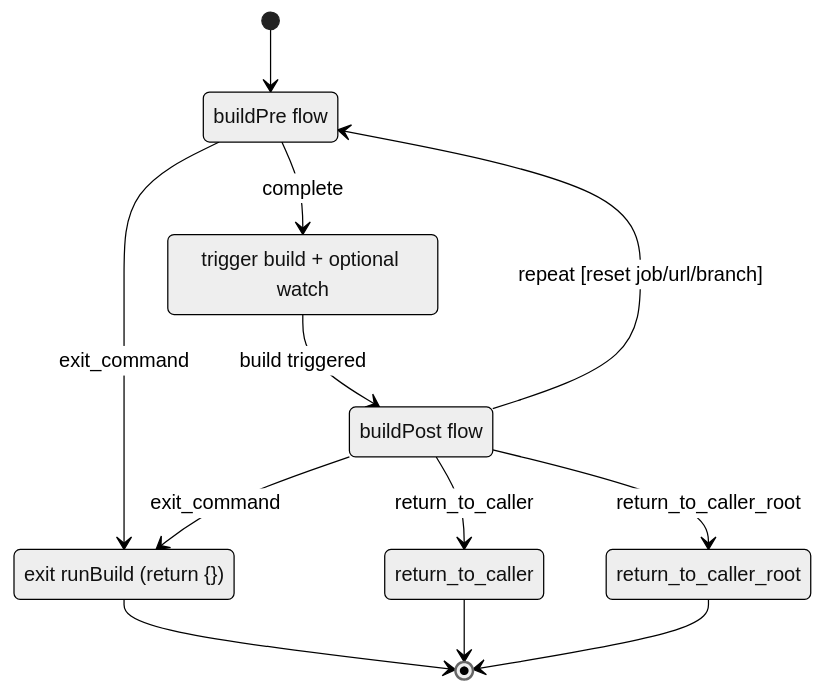
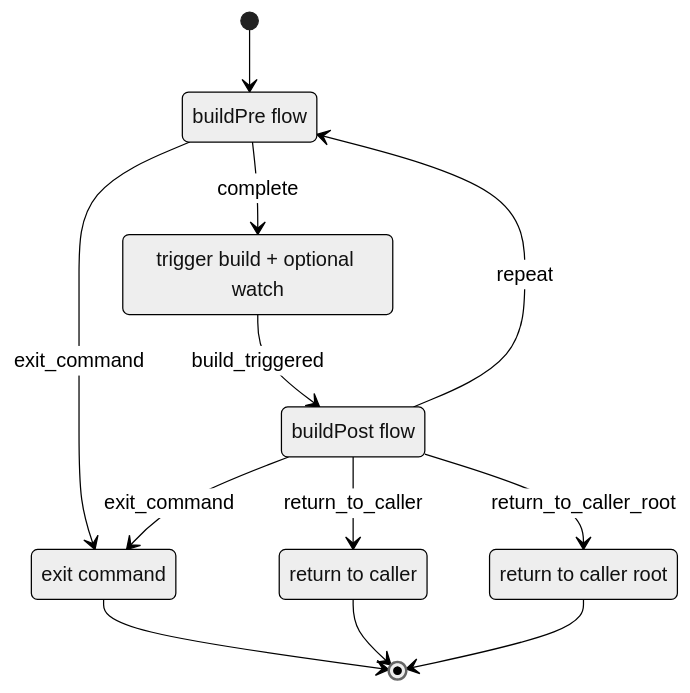
Before and after one commit to jatinbansal1998/jenkins-cli-ts: the first of 5 diagrams in docs/tui-state-diagrams.md, drawn with Mermaid (neutral theme). The commit also changed other lines of this file and 7 other files, not shown here.

````diff
--- a/docs/tui-state-diagrams.md
+++ b/docs/tui-state-diagrams.md
@@ -22,26 +13,22 @@
 ```mermaid
 stateDiagram-v2
     [*] --> buildPre
-
     state "buildPre flow" as buildPre
     state "trigger build + optional watch" as trigger_watch
     state "buildPost flow" as buildPost
-
-    state "exit runBuild (return {})" as exit_run
-    state "return_to_caller" as ret_caller
-    state "return_to_caller_root" as ret_caller_root
+    state "exit command" as t_exit
+    state "return to caller" as t_return
+    state "return to caller root" as t_return_root
 
     buildPre --> trigger_watch: complete
-    buildPre --> exit_run: exit_command
+    buildPre --> t_exit: exit_command
+    trigger_watch --> buildPost: build_triggered
+    buildPost --> buildPre: repeat
+    buildPost --> t_exit: exit_command
+    buildPost --> t_return: return_to_caller
+    buildPost --> t_return_root: return_to_caller_root
 
-    trigger_watch --> buildPost: build triggered
-
-    buildPost --> buildPre: repeat [reset job/url/branch]
-    buildPost --> exit_run: exit_command
-    buildPost --> ret_caller: return_to_caller
-    buildPost --> ret_caller_root: return_to_caller_root
-
-    exit_run --> [*]
-    ret_caller --> [*]
-    ret_caller_root --> [*]
+    t_exit --> [*]
+    t_return --> [*]
+    t_return_root --> [*]
 ```
````
